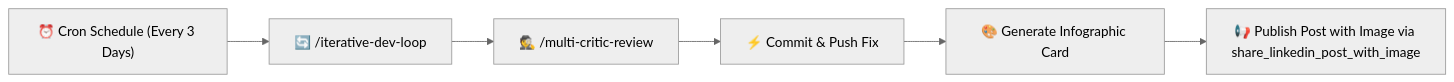
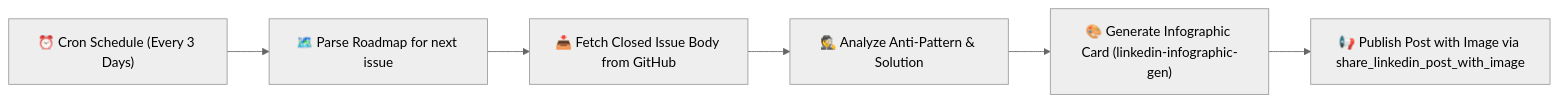
Before and after one commit to Asm-o-Dan/DrugsEngine: the second of 2 diagrams in LINKEDIN_10_POSTS_ROADMAP.md, drawn with Mermaid (neutral theme). The commit also changed other lines of this file, not shown here.

Commit message:
Update roadmap workflow and table with GitHub Issues

````diff
--- a/LINKEDIN_10_POSTS_ROADMAP.md
+++ b/LINKEDIN_10_POSTS_ROADMAP.md
@@ -189,8 +189,8 @@
 ```mermaid
 flowchart LR
-    Schedule["⏰ Cron Schedule (Every 3 Days)"] --> Loop["🔄 /iterative-dev-loop"]
-    Loop --> Critic["🕵️ /multi-critic-review"]
-    Critic --> Fix["⚡ Commit & Push Fix"]
-    Fix --> Image["🎨 Generate Infographic Card"]
+    Schedule["⏰ Cron Schedule (Every 3 Days)"] --> RoadMap["🗺️ Parse Roadmap for next issue"]
+    RoadMap --> GitHub["📥 Fetch Closed Issue Body from GitHub"]
+    GitHub --> Critic["🕵️ Analyze Anti-Pattern & Solution"]
+    Critic --> Image["🎨 Generate Infographic Card (linkedin-infographic-gen)"]
     Image --> LinkedIn["📢 Publish Post with Image via share_linkedin_post_with_image"]
 ```
````
